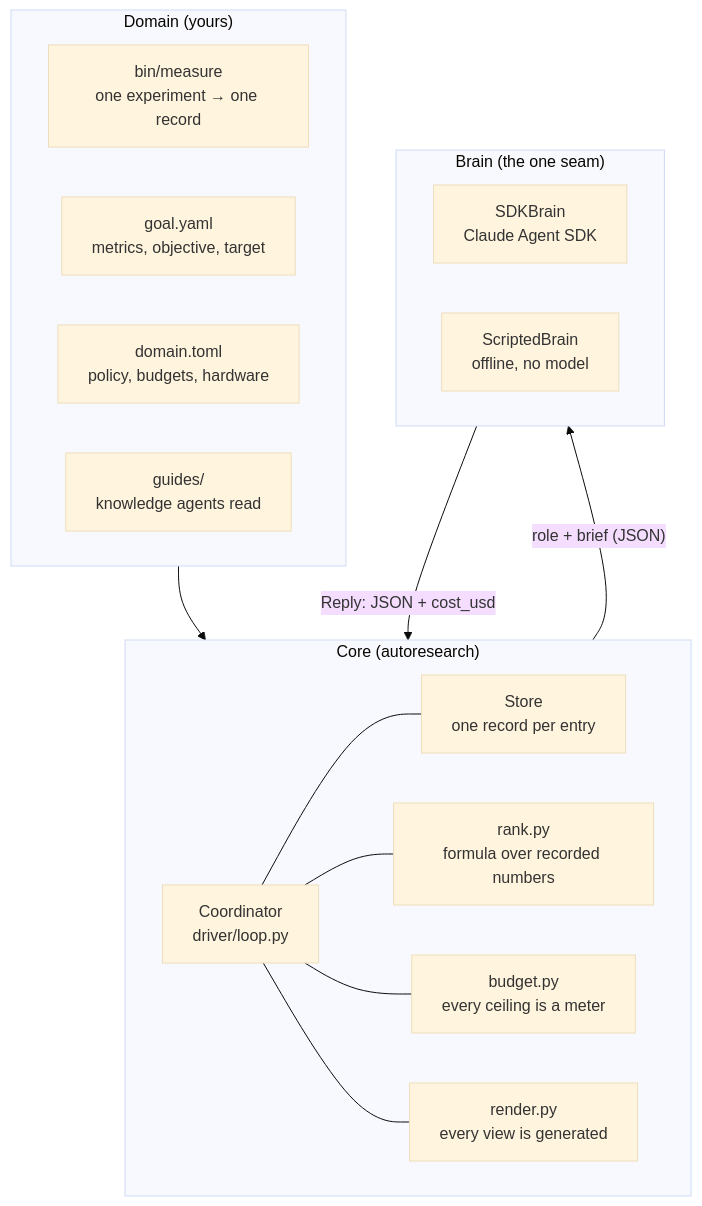
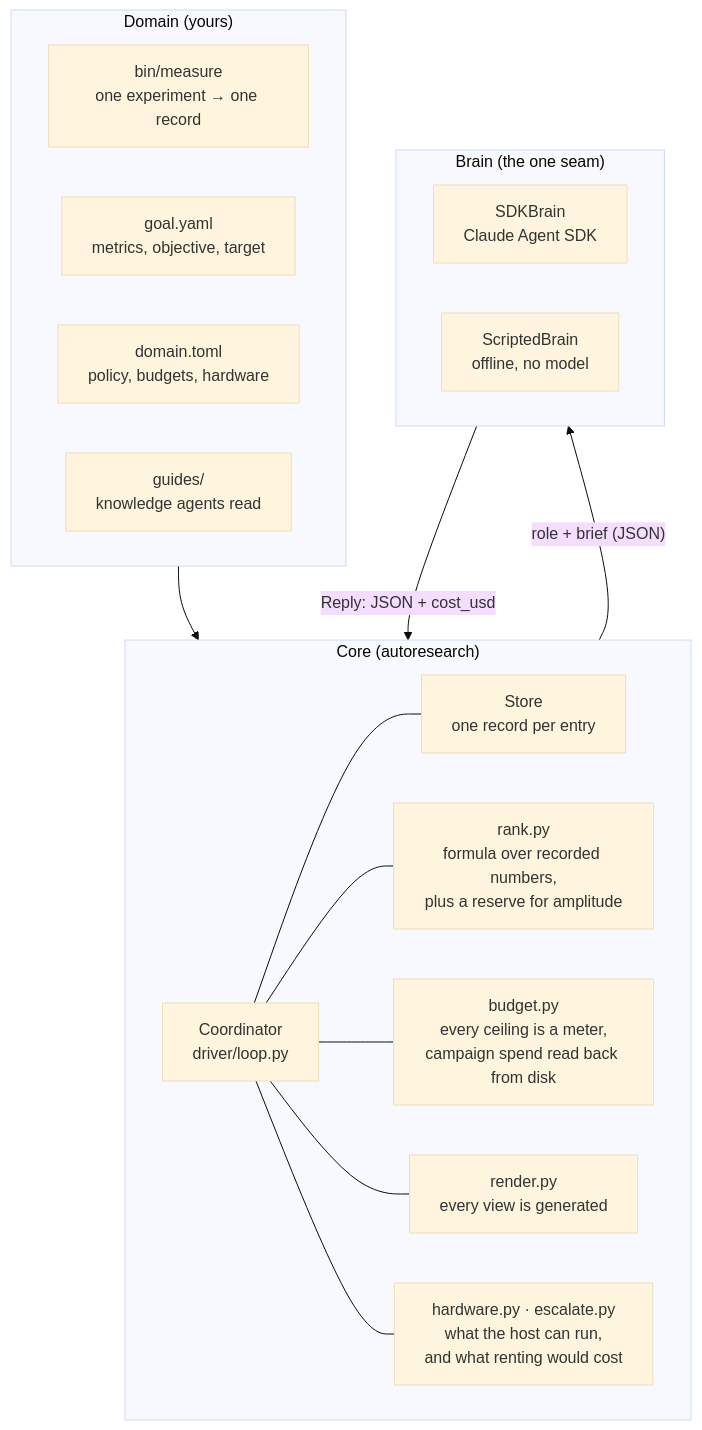
Before and after one commit to Ryun1/auto-research-toolkit: the first of 6 diagrams in docs/ARCHITECTURE.md, drawn with Mermaid (base theme). The commit also changed other lines of this file and 2 other files, not shown here.

````diff
--- a/docs/ARCHITECTURE.md
+++ b/docs/ARCHITECTURE.md
@@ -17,33 +18,35 @@
 ```mermaid
 flowchart TB
     subgraph domain["Domain (yours)"]
         direction LR
         measure["bin/measure<br/>one experiment → one record"]
         goal["goal.yaml<br/>metrics, objective, target"]
         policy["domain.toml<br/>policy, budgets, hardware"]
         guides["guides/<br/>knowledge agents read"]
     end
 
     subgraph core["Core (autoresearch)"]
         direction LR
         coord["Coordinator<br/>driver/loop.py"]
         store["Store<br/>one record per entry"]
-        rank["rank.py<br/>formula over recorded numbers"]
-        budget["budget.py<br/>every ceiling is a meter"]
+        rank["rank.py<br/>formula over recorded numbers,<br/>plus a reserve for amplitude"]
+        budget["budget.py<br/>every ceiling is a meter,<br/>campaign spend read back from disk"]
         render["render.py<br/>every view is generated"]
+        hw["hardware.py · escalate.py<br/>what the host can run,<br/>and what renting would cost"]
     end
 
     subgraph brainlayer["Brain (the one seam)"]
         direction LR
         sdk["SDKBrain<br/>Claude Agent SDK"]
         scripted["ScriptedBrain<br/>offline, no model"]
     end
 
     domain --> core
     core -->|"role + brief (JSON)"| brainlayer
     brainlayer -->|"Reply: JSON + cost_usd"| core
     coord --- store
     coord --- rank
     coord --- budget
     coord --- render
+    coord --- hw
 ```
````
